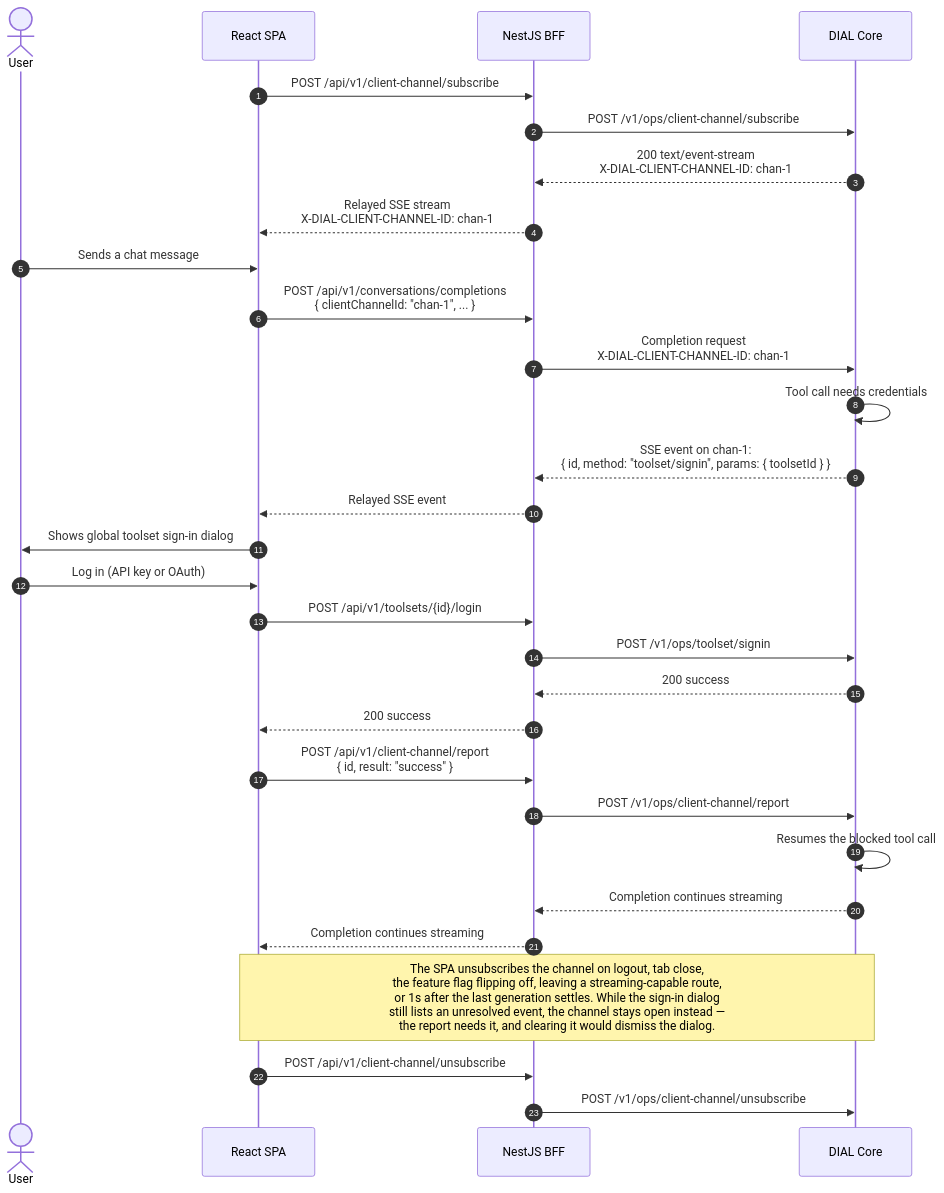
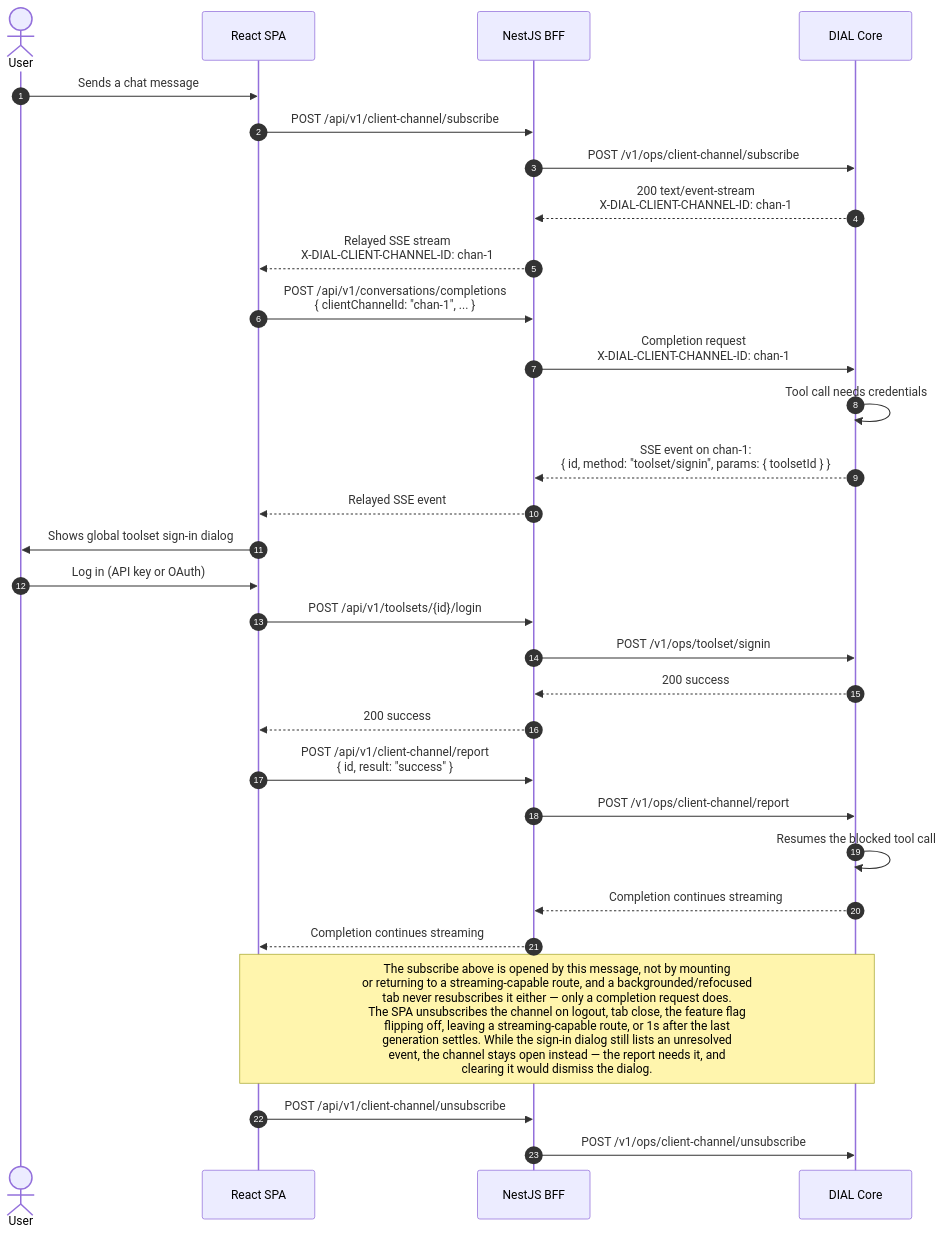
One commit to epam/ai-dial-chat changed the diagram in docs/auth/auth-diagrams/08-toolset-signin-interrupt.mmd. Above: the diagram before and after it, drawn with Mermaid. The commit also changed 19 other files, not shown here.

First line of the commit message:
feat: make client-channel subscription demand-driven, not eager on mount

```diff
--- a/docs/auth/auth-diagrams/08-toolset-signin-interrupt.mmd
+++ b/docs/auth/auth-diagrams/08-toolset-signin-interrupt.mmd
@@ -1,41 +1,41 @@
 %% Interactive toolset sign-in during a chat completion.
 %% Separate from the OIDC login flow above (03-login-flow.mmd) — this is
 %% DIAL Core asking the already-authenticated user to (re)supply toolset
 %% credentials mid-completion via the client-channel RPC mechanism.
 
 sequenceDiagram
     autonumber
     actor U as User
     participant SPA as React SPA
     participant BFF as NestJS BFF
     participant CORE as DIAL Core
 
+    U->>SPA: Sends a chat message
     SPA->>BFF: POST /api/v1/client-channel/subscribe
     BFF->>CORE: POST /v1/ops/client-channel/subscribe
     CORE-->>BFF: 200 text/event-stream<br/>X-DIAL-CLIENT-CHANNEL-ID: chan-1
     BFF-->>SPA: Relayed SSE stream<br/>X-DIAL-CLIENT-CHANNEL-ID: chan-1
 
-    U->>SPA: Sends a chat message
     SPA->>BFF: POST /api/v1/conversations/completions<br/>{ clientChannelId: "chan-1", ... }
     BFF->>CORE: Completion request<br/>X-DIAL-CLIENT-CHANNEL-ID: chan-1
 
     CORE->>CORE: Tool call needs credentials
     CORE-->>BFF: SSE event on chan-1:<br/>{ id, method: "toolset/signin", params: { toolsetId } }
     BFF-->>SPA: Relayed SSE event
 
     SPA->>U: Shows global toolset sign-in dialog
     U->>SPA: Log in (API key or OAuth)
     SPA->>BFF: POST /api/v1/toolsets/{id}/login
     BFF->>CORE: POST /v1/ops/toolset/signin
     CORE-->>BFF: 200 success
     BFF-->>SPA: 200 success
 
     SPA->>BFF: POST /api/v1/client-channel/report<br/>{ id, result: "success" }
     BFF->>CORE: POST /v1/ops/client-channel/report
     CORE->>CORE: Resumes the blocked tool call
     CORE-->>BFF: Completion continues streaming
     BFF-->>SPA: Completion continues streaming
 
-    Note over SPA,CORE: The SPA unsubscribes the channel on logout, tab close,<br/>the feature flag flipping off, leaving a streaming-capable route,<br/>or 1s after the last generation settles. While the sign-in dialog<br/>still lists an unresolved event, the channel stays open instead —<br/>the report needs it, and clearing it would dismiss the dialog.
+    Note over SPA,CORE: The subscribe above is opened by this message, not by mounting<br/>or returning to a streaming-capable route, and a backgrounded/refocused<br/>tab never resubscribes it either — only a completion request does.<br/>The SPA unsubscribes the channel on logout, tab close, the feature flag<br/>flipping off, leaving a streaming-capable route, or 1s after the last<br/>generation settles. While the sign-in dialog still lists an unresolved<br/>event, the channel stays open instead — the report needs it, and<br/>clearing it would dismiss the dialog.
     SPA->>BFF: POST /api/v1/client-channel/unsubscribe
     BFF->>CORE: POST /v1/ops/client-channel/unsubscribe
```
